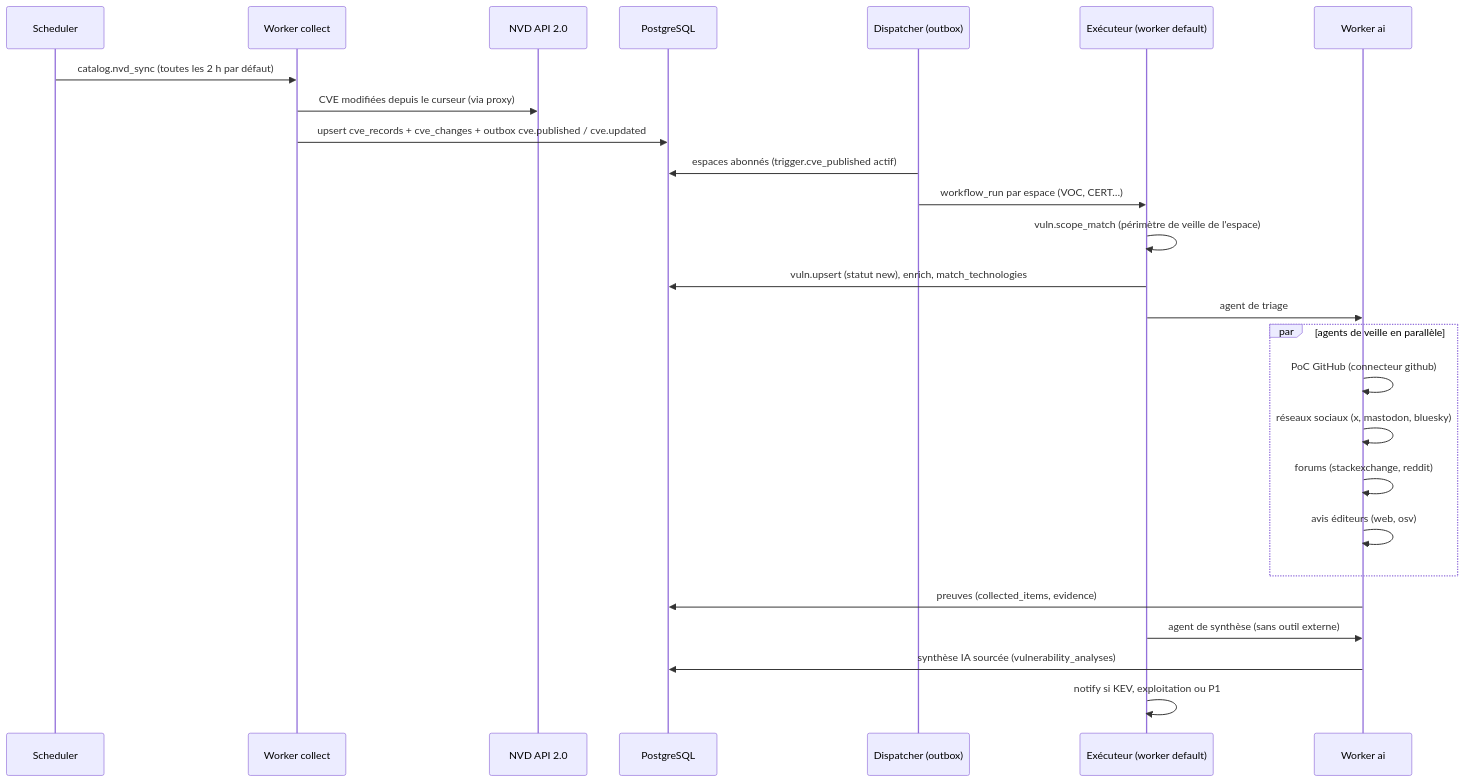
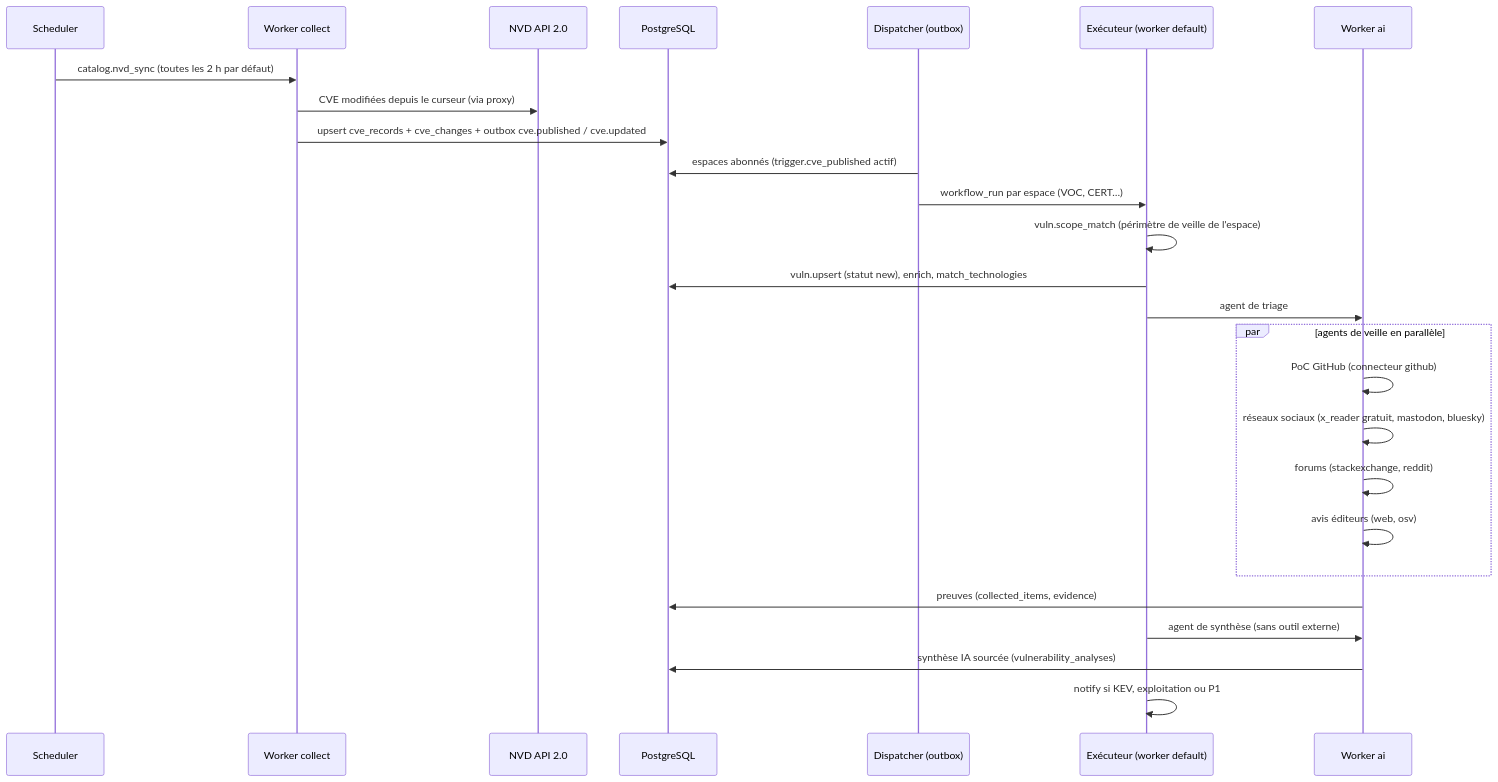
One commit to nathan33670-spec/Vuln-veille changed the second of 2 diagrams in docs/ARCHITECTURE.md. Above: the diagram before and after it, drawn with Mermaid. The commit also changed other lines of this file and 10 other files, not shown here.

````diff
--- a/docs/ARCHITECTURE.md
+++ b/docs/ARCHITECTURE.md
@@ -180,28 +183,28 @@
 ```mermaid
 sequenceDiagram
     participant S as Scheduler
     participant C as Worker collect
     participant NVD as NVD API 2.0
     participant DB as PostgreSQL
     participant D as Dispatcher (outbox)
     participant E as Exécuteur (worker default)
     participant A as Worker ai
     S->>C: catalog.nvd_sync (toutes les 2 h par défaut)
     C->>NVD: CVE modifiées depuis le curseur (via proxy)
     C->>DB: upsert cve_records + cve_changes + outbox cve.published / cve.updated
     D->>DB: espaces abonnés (trigger.cve_published actif)
     D->>E: workflow_run par espace (VOC, CERT…)
     E->>E: vuln.scope_match (périmètre de veille de l'espace)
     E->>DB: vuln.upsert (statut new), enrich, match_technologies
     E->>A: agent de triage
     par agents de veille en parallèle
         A->>A: PoC GitHub (connecteur github)
-        A->>A: réseaux sociaux (x, mastodon, bluesky)
+        A->>A: réseaux sociaux (x_reader gratuit, mastodon, bluesky)
         A->>A: forums (stackexchange, reddit)
         A->>A: avis éditeurs (web, osv)
     end
     A->>DB: preuves (collected_items, evidence)
     E->>A: agent de synthèse (sans outil externe)
     A->>DB: synthèse IA sourcée (vulnerability_analyses)
     E->>E: notify si KEV, exploitation ou P1
 ```
````
